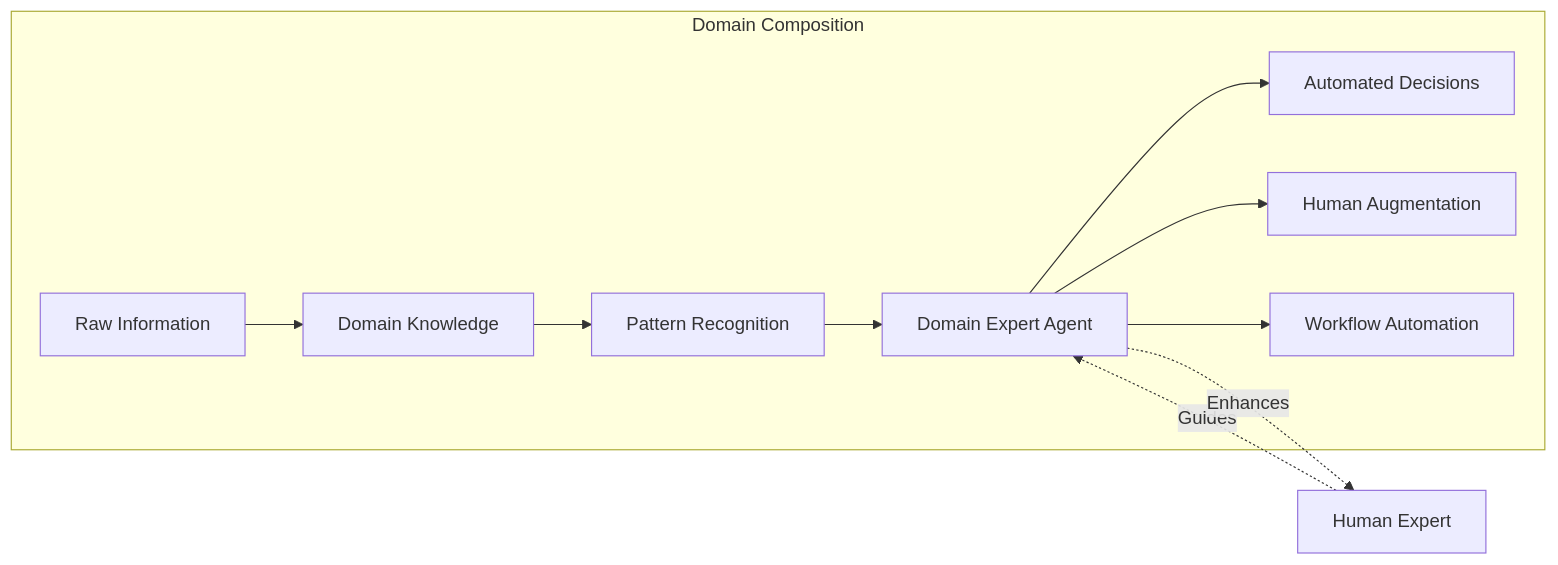
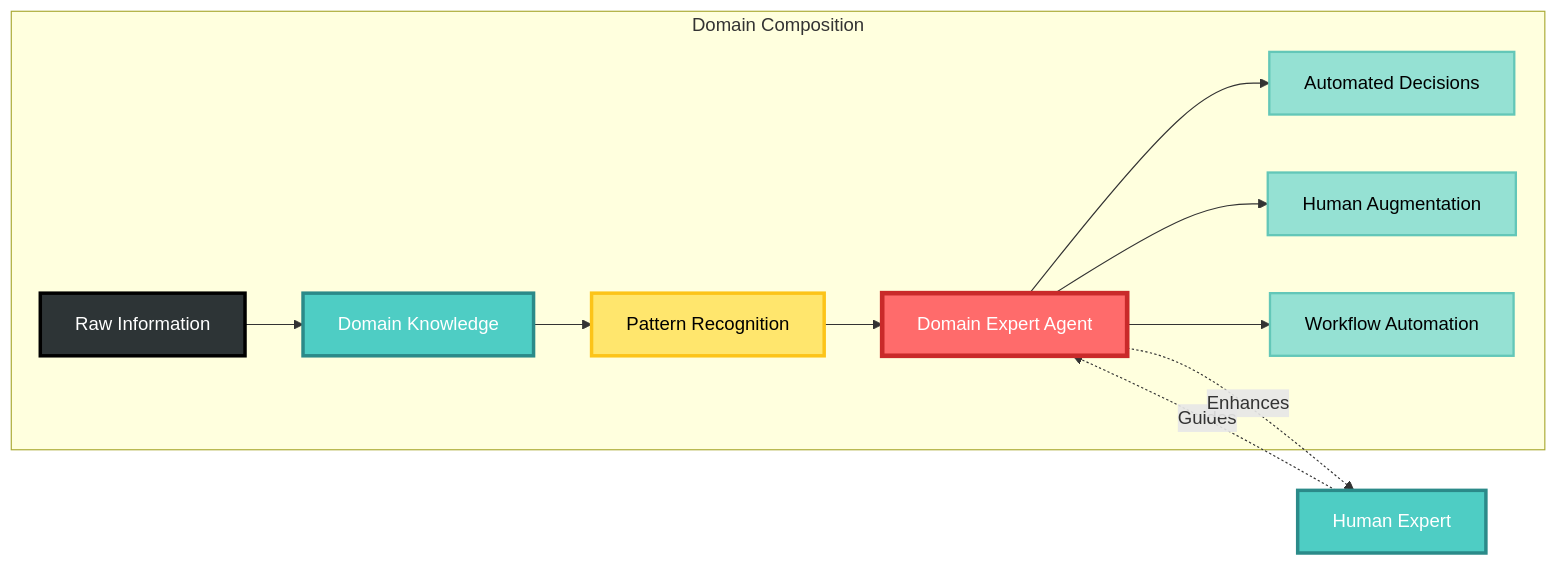
Before and after one commit to TheCowboyAI/cim: the second of 8 diagrams in readme.md, drawn with Mermaid. The commit also changed other lines of this file and 12 other files, not shown here.

````diff
--- a/readme.md
+++ b/readme.md
@@ -46,15 +56,25 @@
 ```mermaid
 graph LR
     subgraph "Domain Composition"
         A[Raw Information] --> B[Domain Knowledge]
         B --> C[Pattern Recognition]
         C --> D[Domain Expert Agent]
         
         D --> E[Automated Decisions]
         D --> F[Human Augmentation]
         D --> G[Workflow Automation]
     end
     
     H[Human Expert] -.->|Guides| D
     D -.->|Enhances| H
+    
+    %% Styling - information to intelligence flow
+    style A fill:#2D3436,stroke:#000,stroke-width:3px,color:#FFF
+    style B fill:#4ECDC4,stroke:#2B8A89,stroke-width:3px,color:#FFF
+    style C fill:#FFE66D,stroke:#FCC419,stroke-width:3px,color:#000
+    style D fill:#FF6B6B,stroke:#C92A2A,stroke-width:4px,color:#FFF
+    style E fill:#95E1D3,stroke:#63C7B8,stroke-width:2px,color:#000
+    style F fill:#95E1D3,stroke:#63C7B8,stroke-width:2px,color:#000
+    style G fill:#95E1D3,stroke:#63C7B8,stroke-width:2px,color:#000
+    style H fill:#4ECDC4,stroke:#2B8A89,stroke-width:3px,color:#FFF
 ```
````
